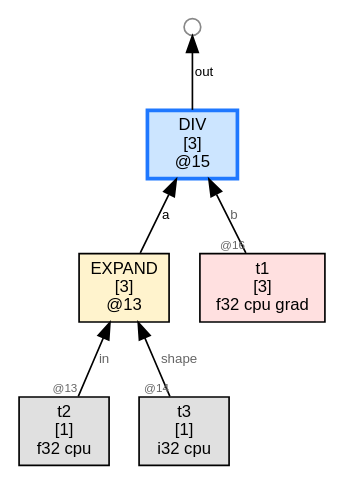
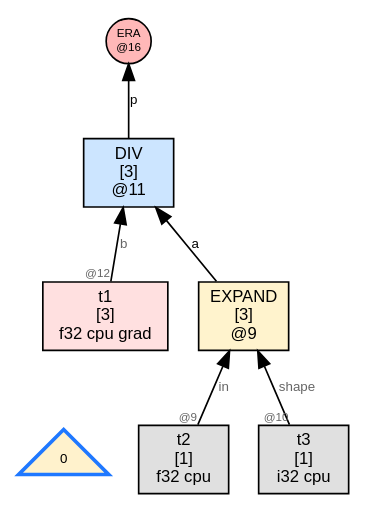
Before and after one commit to sw1sh/TinyHVM: the diagram in wl/examples/thvm_graphs/grad_rules/log/thvm_1_post_reduce.dot, drawn with Graphviz. The commit also changed 261 other files, not shown here.

```diff
--- a/wl/examples/thvm_graphs/grad_rules/log/thvm_1_post_reduce.dot
+++ b/wl/examples/thvm_graphs/grad_rules/log/thvm_1_post_reduce.dot
@@ -1,17 +1,18 @@
 digraph G {
   rankdir=BT;
   node [fontname="Helvetica", fontsize=10, style=filled, shape=box, margin="0.1,0.05"];
   edge [fontsize=8, fontname="Helvetica"];
 
-  n15 [label="DIV\n[3]\n@15", shape=box, fillcolor="#cce5ff",color="#1f78ff",penwidth=2.2];
-  n13 -> n15 [label="a"];
+  num_root [label="0",shape=triangle,fillcolor="#fff2cc",fontsize=8,color="#1f78ff",penwidth=2.2];
+  n9 [label="EXPAND\n[3]\n@9", shape=box, fillcolor="#fff3cd"];
+  t2 [label="t2\n[1]\nf32 cpu",shape=box,fillcolor="#e0e0e0"];
+  t2 -> n9 [label="in",taillabel="@9",labelfontsize=7,fontcolor="#666666"];
+  t3 [label="t3\n[1]\ni32 cpu",shape=box,fillcolor="#e0e0e0"];
+  t3 -> n9 [label="shape",taillabel="@10",labelfontsize=7,fontcolor="#666666"];
+  n11 [label="DIV\n[3]\n@11", shape=box, fillcolor="#cce5ff"];
+  n9 -> n11 [label="a"];
   t1 [label="t1\n[3]\nf32 cpu grad",shape=box,fillcolor="#ffe0e0"];
-  t1 -> n15 [label="b",taillabel="@16",labelfontsize=7,fontcolor="#666666"];
-  free15_1000 [label="",shape=circle,width=0.14,height=0.14,fixedsize=true,fillcolor="#ffffff",color="#888888",fontsize=1];
-  n15 -> free15_1000 [label="out"];
-  n13 [label="EXPAND\n[3]\n@13", shape=box, fillcolor="#fff3cd"];
-  t2 [label="t2\n[1]\nf32 cpu",shape=box,fillcolor="#e0e0e0"];
-  t2 -> n13 [label="in",taillabel="@13",labelfontsize=7,fontcolor="#666666"];
-  t3 [label="t3\n[1]\ni32 cpu",shape=box,fillcolor="#e0e0e0"];
-  t3 -> n13 [label="shape",taillabel="@14",labelfontsize=7,fontcolor="#666666"];
+  t1 -> n11 [label="b",taillabel="@12",labelfontsize=7,fontcolor="#666666"];
+  era16 [label="ERA\n@16",shape=circle,width=0.38,height=0.38,fixedsize=true,fillcolor="#ffb8b8",fontsize=7];
+  n11 -> era16 [label="p"];
 }
```
